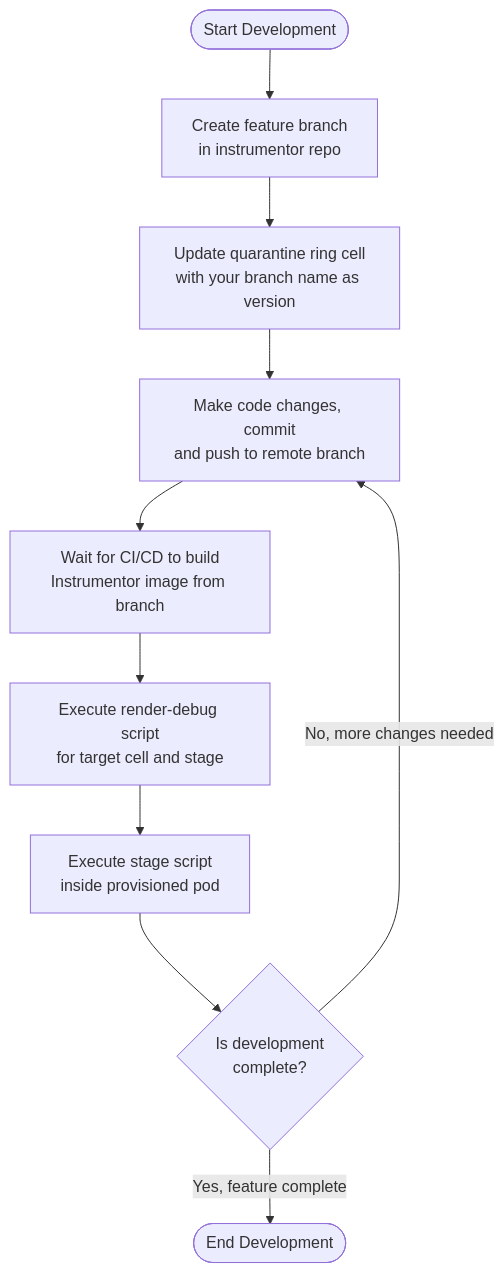
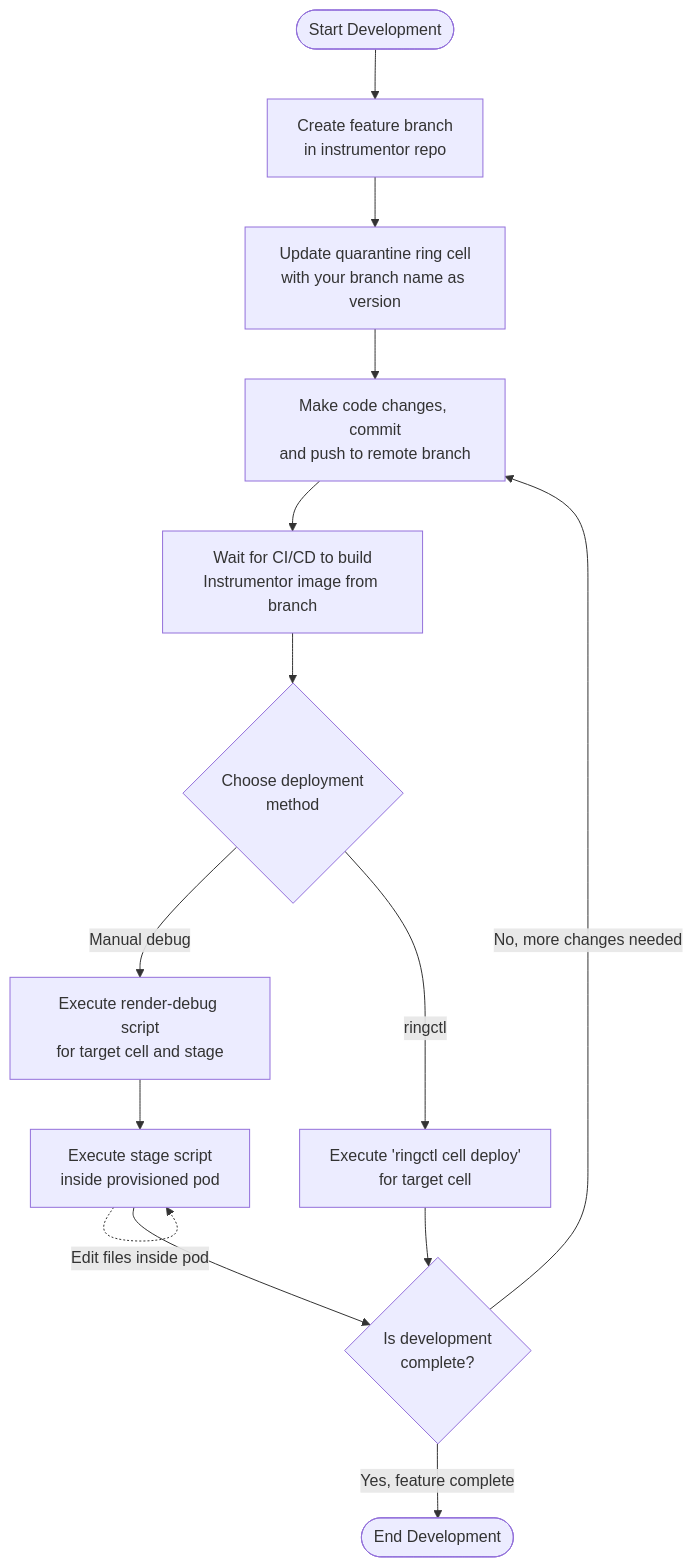
The second of 2 diagrams in docs/cells/infra-development.md (mattrussi/gitlab-com-runbooks), drawn with Mermaid before and after one commit. The commit also changed other lines of this file, not shown here.

First line of the commit message:
Add more detail on the mermaid diagram and steps.

````diff
--- a/docs/cells/infra-development.md
+++ b/docs/cells/infra-development.md
@@ -53,12 +53,27 @@
 ```mermaid
 flowchart TD
     Start([Start Development]) --> CreateBranch[Create feature branch\nin instrumentor repo]
     CreateBranch --> UpdateCell[Update quarantine ring cell\nwith your branch name as version]
     UpdateCell --> MakeChanges[Make code changes, commit\nand push to remote branch]
     MakeChanges --> WaitBuild[Wait for CI/CD to build\nInstrumentor image from branch]
-    WaitBuild --> RenderDebug[Execute render-debug script\nfor target cell and stage]
+
+    %% Decision point for deployment method
+    WaitBuild --> DeployMethod{Choose deployment\nmethod}
+
+    %% Render-debug path
+    DeployMethod -->|Manual debug| RenderDebug[Execute render-debug script\nfor target cell and stage]
     RenderDebug --> RunStage[Execute stage script\ninside provisioned pod]
-    RunStage --> DevComplete{Is development\ncomplete?}
+
+    %% Pod edit cycle as a self-loop
+    RunStage --> DevComplete
+    RunStage -.-> |Edit files inside pod| RunStage
+
+    %% Alternative path using ringctl
+    DeployMethod -->|ringctl| RingctlDeploy[Execute 'ringctl cell deploy'\nfor target cell]
+
+    %% Both paths converge at development completion check
+    RingctlDeploy --> DevComplete{Is development\ncomplete?}
+
     DevComplete -->|No, more changes needed| MakeChanges
     DevComplete -->|Yes, feature complete| End([End Development])
 ```
````
